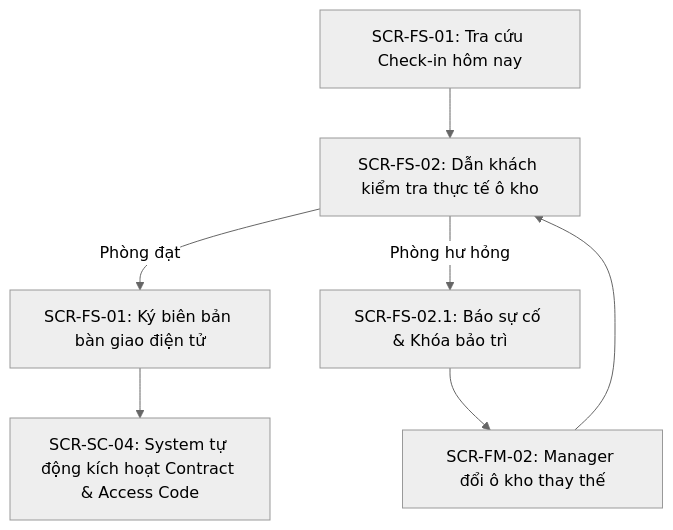
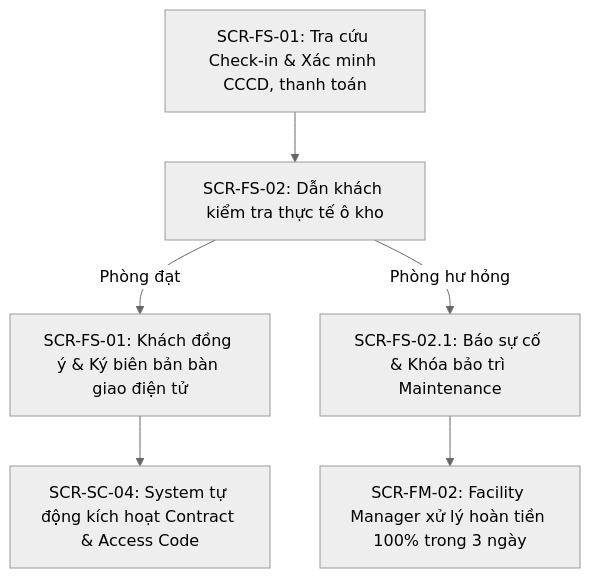
Before and after one commit to Nguyen-Van-Gia-Binh/Self-Storage-Facility-Rental-and-Management-System: the second of 3 diagrams in docs/UI-FLOW-MAPPING.md, drawn with Mermaid (neutral theme). The commit also changed other lines of this file and 6 other files, not shown here.

First line of the commit message:
docs(diagrams): đồng bộ sơ đồ Activity Flow 2 và tài liệu nghiệp vụ (#33)

````diff
--- a/docs/UI-FLOW-MAPPING.md
+++ b/docs/UI-FLOW-MAPPING.md
@@ -91,9 +91,8 @@
 ```mermaid
 graph TD
-    A[SCR-FS-01: Tra cứu Check-in hôm nay] --> B[SCR-FS-02: Dẫn khách kiểm tra thực tế ô kho]
-    B -->|Phòng đạt| C[SCR-FS-01: Ký biên bản bàn giao điện tử]
-    B -->|Phòng hư hỏng| D[SCR-FS-02.1: Báo sự cố & Khóa bảo trì]
-    D --> E[SCR-FM-02: Manager đổi ô kho thay thế]
-    E --> B
+    A[SCR-FS-01: Tra cứu Check-in & Xác minh CCCD, thanh toán] --> B[SCR-FS-02: Dẫn khách kiểm tra thực tế ô kho]
+    B -->|Phòng đạt| C[SCR-FS-01: Khách đồng ý & Ký biên bản bàn giao điện tử]
+    B -->|Phòng hư hỏng| D[SCR-FS-02.1: Báo sự cố & Khóa bảo trì Maintenance]
+    D --> E[SCR-FM-02: Facility Manager xử lý hoàn tiền 100% trong 3 ngày]
     C --> F[SCR-SC-04: System tự động kích hoạt Contract & Access Code]
 ```
````
